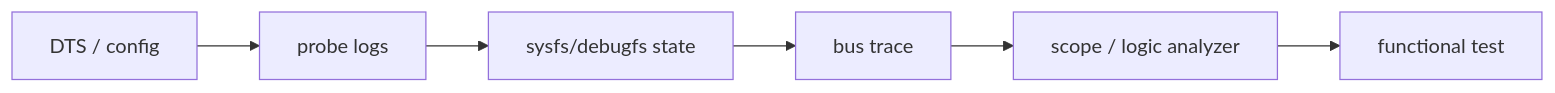
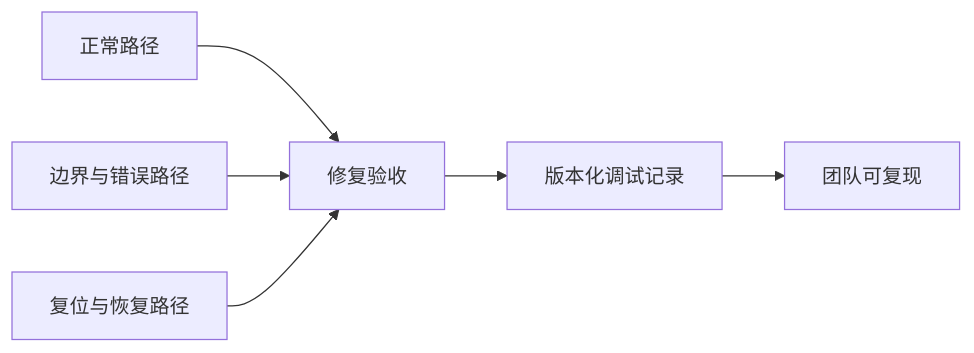
One commit to cdragon-ljl/EEandEdgeAI changed diagram 14 of 14 in docs/articles/bsp/bsp-27-driver-debugging-methodology.md. Above: the diagram before and after it, drawn with Mermaid. The commit also changed other lines of this file and 25 other files, not shown here.

````diff
--- a/docs/articles/bsp/bsp-27-driver-debugging-methodology.md
+++ b/docs/articles/bsp/bsp-27-driver-debugging-methodology.md
@@ -27,8 +658,8 @@
 ```mermaid
 flowchart LR
-    A[DTS / config] --> B[probe logs]
-    B --> C[sysfs/debugfs state]
-    C --> D[bus trace]
-    D --> E[scope / logic analyzer]
-    E --> F[functional test]
+    A[正常路径] --> D[修复验收]
+    B[边界与错误路径] --> D
+    C[复位与恢复路径] --> D
+    D --> E[版本化调试记录]
+    E --> F[团队可复现]
 ```
````
